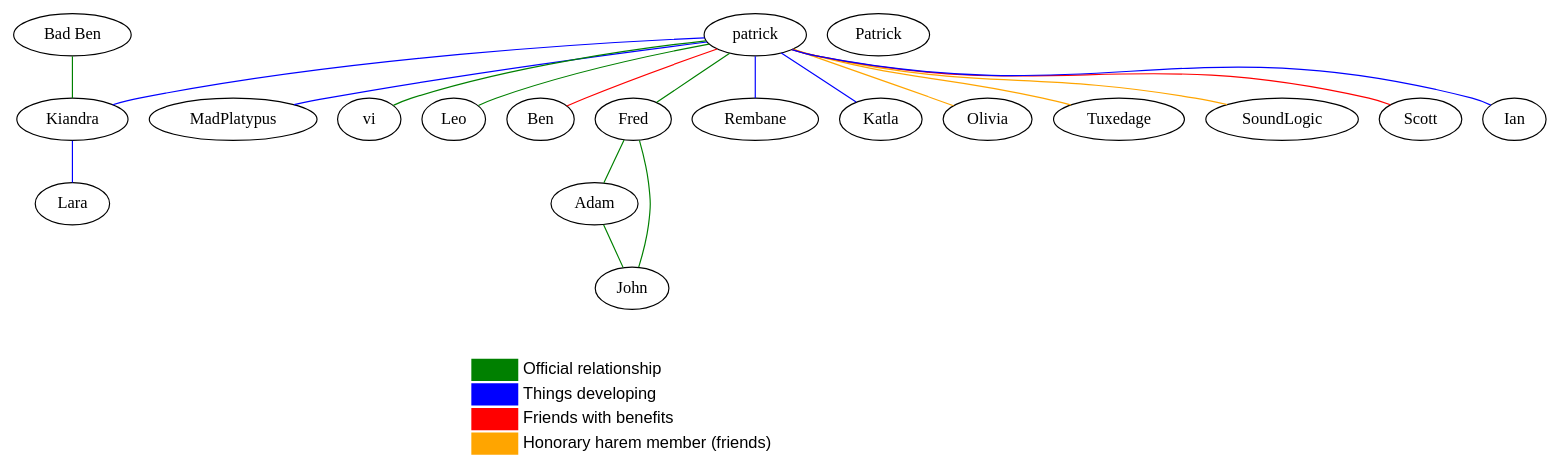
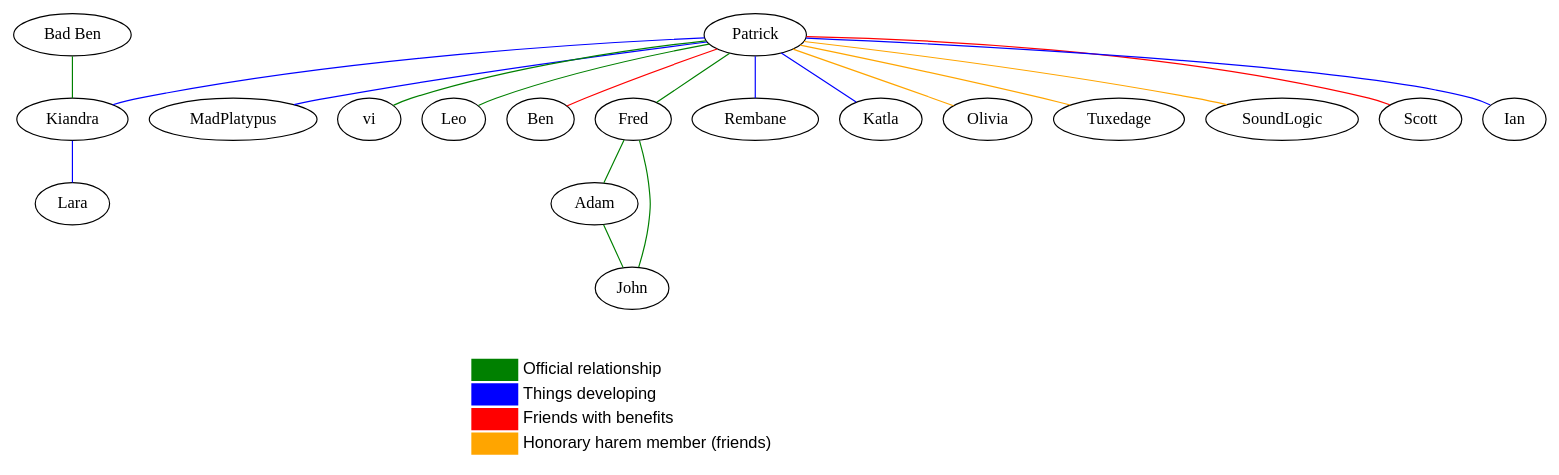
Before and after one commit to Cradam/polygraph: the diagram in share/harem.dot, drawn with Graphviz.

Commit message:
Corrected Patrick's name
- Patrick misspelt as 'patick', unlinked everyone.  Oops.

```diff
--- a/share/harem.dot
+++ b/share/harem.dot
@@ -1,60 +1,60 @@
 graph harem {
   madplatypus [label="MadPlatypus"]
   patrick -- madplatypus [color=blue]
-  patick [label="Patrick"]
+  patrick [label="Patrick"]
   vi [label="vi"]
   patrick -- vi [color=green]
   leo [label="Leo"]
   patrick -- leo [color=green]
   ben [label="Ben"]
   patrick -- ben [color=red]
   kiandra [label="Kiandra"]
   patrick -- kiandra [color=blue]
   lara [label="Lara"]
   kiandra -- lara [color=blue]
   badben [label="Bad Ben"]
   badben -- kiandra [color=green]
   fred [label="Fred"]
   patrick -- fred [color=green]
   adam [label="Adam"]
   john [label="John"]
   fred -- john [color=green]
   fred -- adam  [color=green]
   adam -- john [color=green]
   rembane [label="Rembane"]
   patrick -- rembane [color=blue]
   katla [label="Katla"]
   patrick -- katla [color=blue]
   olivia [label="Olivia"]
   patrick -- olivia [color=orange]
   tuxedage [label="Tuxedage"]
   patrick -- tuxedage [color=orange]
   soundlogic [label="SoundLogic"]
   patrick -- soundlogic [color=orange]
   scott [label="Scott"]
   patrick -- scott [color=red]
   ian [label="Ian"]
   patrick -- ian [color=blue]
   { rank = sink;
     Legend [shape=none, label=<
       <table border="0">
         <tr>
           <td width="40px" bgcolor="green"></td>
           <td align="left"><font face="sans-serif">Official relationship</font></td>
         </tr>
         <tr>
           <td width="40px" bgcolor="blue"></td>
           <td align="left"><font face="sans-serif">Things developing</font></td>
         </tr>
         <tr>
           <td width="40px" bgcolor="red"></td>
           <td align="left"><font face="sans-serif">Friends with benefits</font></td>
         </tr>
         <tr>
           <td width="40px" bgcolor="orange"></td>
           <td align="left"><font face="sans-serif">Honorary harem member (friends)</font></td>
         </tr>
       </table>
     >];
   }
 }
```
